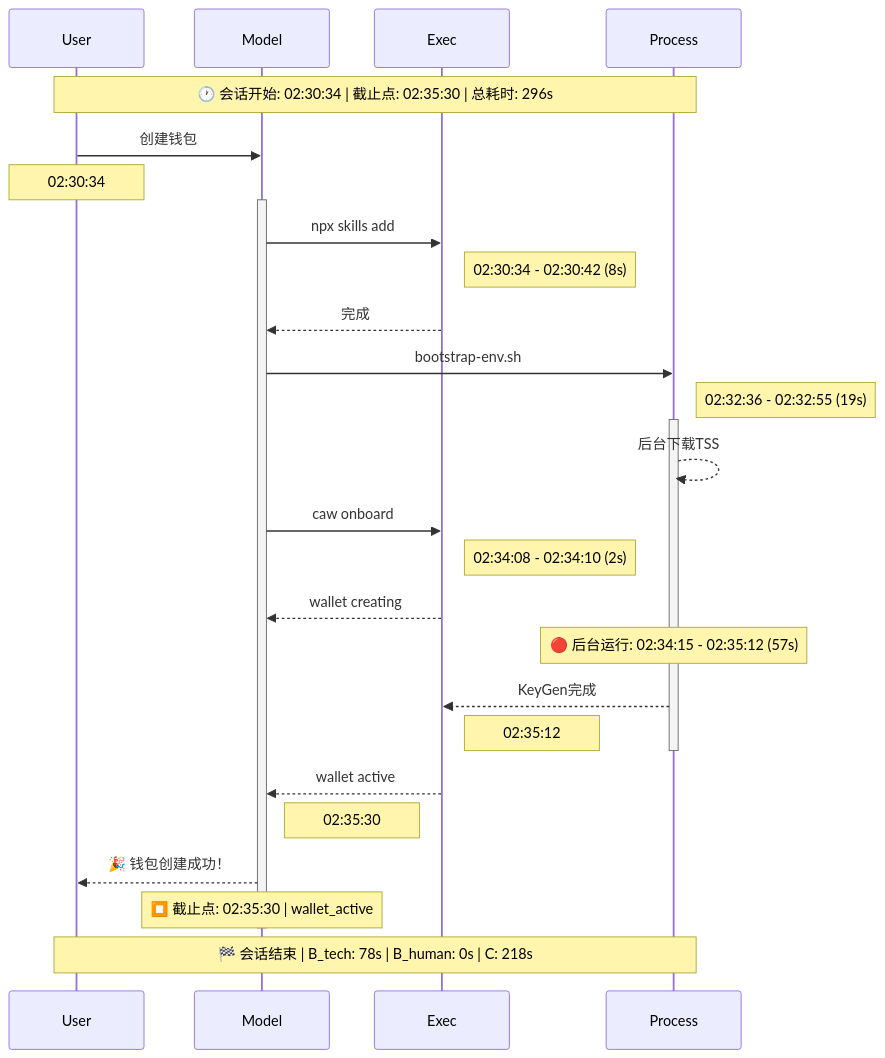
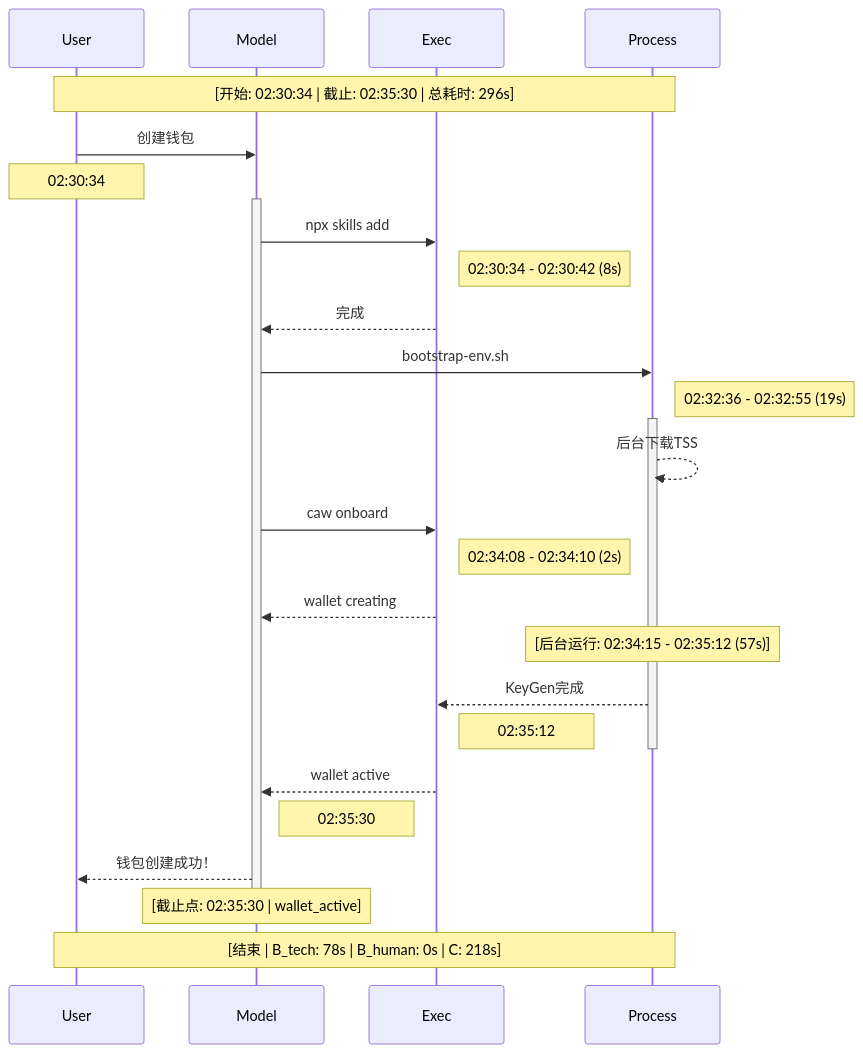
One commit to coboyqw/openclaw-session-analyzer changed the second of 4 diagrams in SKILL.md. Above: the diagram before and after it, drawn with Mermaid. The commit also changed 1 other file, not shown here.

Commit message:
修复 Mermaid 时序图: 移除导致 GitHub 渲染失败的 Emoji 字符
Made-with: Cursor

````diff
--- a/SKILL.md
+++ b/SKILL.md
@@ -202,41 +202,41 @@
 ```mermaid
 sequenceDiagram
     participant User
     participant Model
     participant Exec
     participant Process
     
-    Note over User,Process: 🕐 会话开始: 02:30:34 | 截止点: 02:35:30 | 总耗时: 296s
+    Note over User,Process: [开始: 02:30:34 | 截止: 02:35:30 | 总耗时: 296s]
     
     User->>Model: 创建钱包
     Note over User: 02:30:34
     activate Model
     
     Model->>Exec: npx skills add
     Note right of Exec: 02:30:34 - 02:30:42 (8s)
     Exec-->>Model: 完成
     
     Model->>Process: bootstrap-env.sh
     Note right of Process: 02:32:36 - 02:32:55 (19s)
     activate Process
     Process-->>Process: 后台下载TSS
     
     Model->>Exec: caw onboard
     Note right of Exec: 02:34:08 - 02:34:10 (2s)
     Exec-->>Model: wallet creating
     
-    Note over Process: 🔴 后台运行: 02:34:15 - 02:35:12 (57s)
+    Note over Process: [后台运行: 02:34:15 - 02:35:12 (57s)]
     Process-->>Exec: KeyGen完成
     Note right of Exec: 02:35:12
     deactivate Process
     
     Exec-->>Model: wallet active
     Note right of Model: 02:35:30
     
-    Model-->>User: 🎉 钱包创建成功！
+    Model-->>User: 钱包创建成功！
     
-    Note over Model: ⏹️ 截止点: 02:35:30 | wallet_active
+    Note over Model: [截止点: 02:35:30 | wallet_active]
     deactivate Model
     
-    Note over User,Process: 🏁 会话结束 | B_tech: 78s | B_human: 0s | C: 218s
+    Note over User,Process: [结束 | B_tech: 78s | B_human: 0s | C: 218s]
 ```
````
